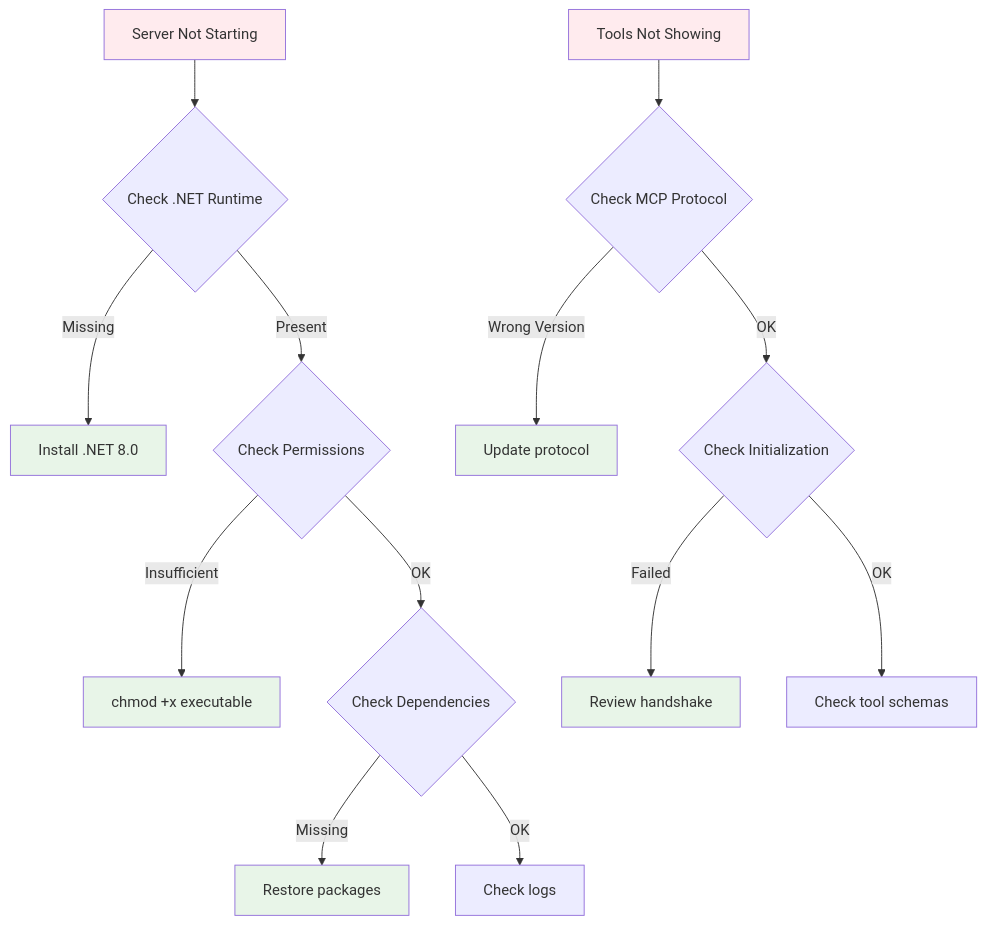
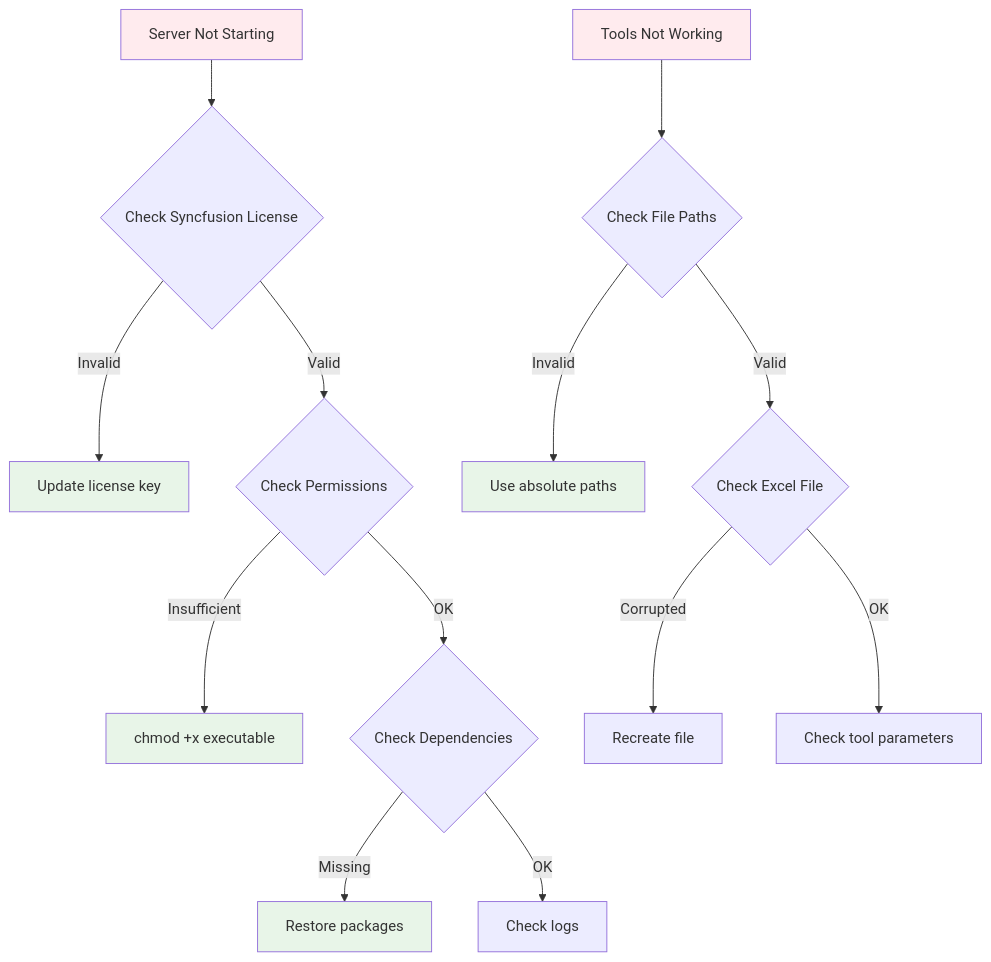
The sixth of 8 diagrams in README.md (serhabdel/Excel-mcp-dotnet), drawn with Mermaid before and after one commit. The commit also changed other lines of this file and 13 other files, not shown here.

First line of the commit message:
Refactor Excel MCP Server to utilize Syncfusion XlsIO and enhance functionality

````diff
--- a/README.md
+++ b/README.md
@@ -481,24 +349,23 @@
 ```mermaid
 graph TD
-    A[Server Not Starting] --> B{Check .NET Runtime}
-    B -->|Missing| C[Install .NET 8.0]
-    B -->|Present| D{Check Permissions}
+    A[Server Not Starting] --> B{Check Syncfusion License}
+    B -->|Invalid| C[Update license key]
+    B -->|Valid| D{Check Permissions}
     D -->|Insufficient| E[chmod +x executable]
     D -->|OK| F{Check Dependencies}
     F -->|Missing| G[Restore packages]
     F -->|OK| H[Check logs]
     
-    I[Tools Not Showing] --> J{Check MCP Protocol}
-    J -->|Wrong Version| K[Update protocol]
-    J -->|OK| L{Check Initialization}
-    L -->|Failed| M[Review handshake]
-    L -->|OK| N[Check tool schemas]
+    I[Tools Not Working] --> J{Check File Paths}
+    J -->|Invalid| K[Use absolute paths]
+    J -->|Valid| L{Check Excel File}
+    L -->|Corrupted| M[Recreate file]
+    L -->|OK| N[Check tool parameters]
     
     style A fill:#ffebee
     style I fill:#ffebee
     style C fill:#e8f5e8
     style E fill:#e8f5e8
     style G fill:#e8f5e8
     style K fill:#e8f5e8
-    style M fill:#e8f5e8
 ```
````
